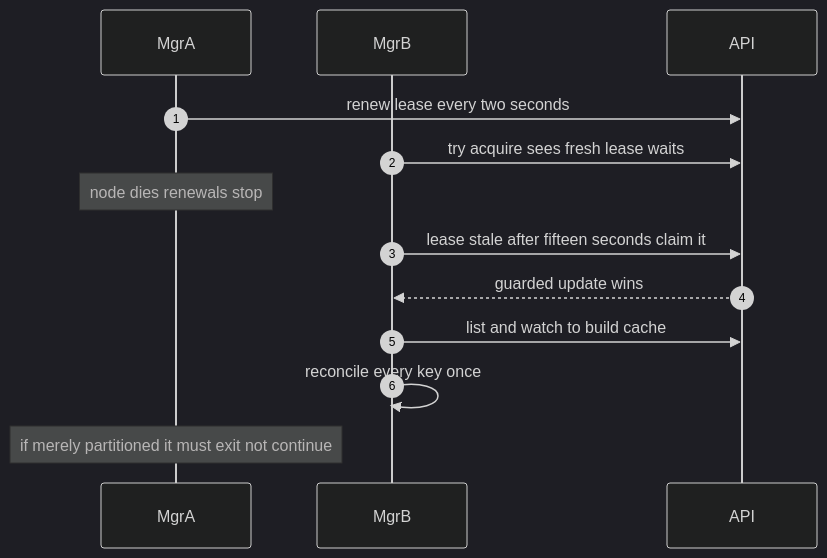
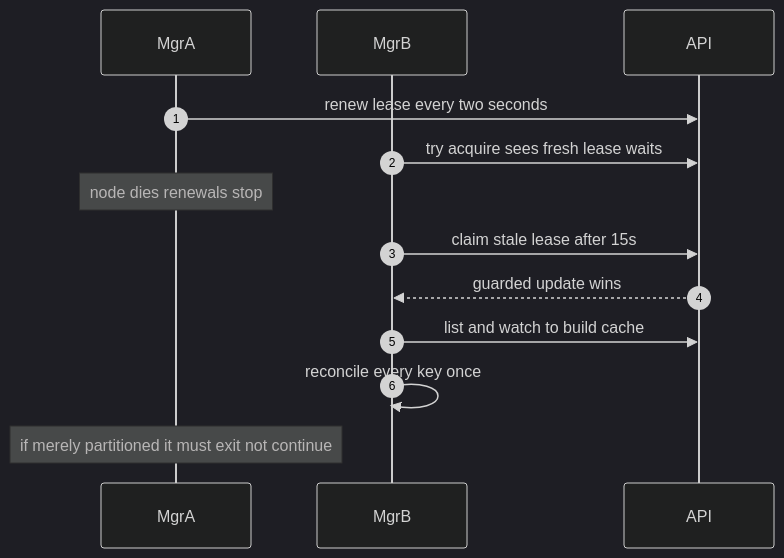
One commit to sanketsudake/k8s-worksheet changed the fifth of 5 diagrams in chapters/ch06.md. Above: the diagram before and after it, drawn with Mermaid (dark theme). The commit also changed other lines of this file and 11 other files, not shown here.

````diff
--- a/chapters/ch06.md
+++ b/chapters/ch06.md
@@ -198,15 +198,15 @@
 ```mermaid
 sequenceDiagram
   autonumber
   participant MgrA
   participant MgrB
   participant API
   MgrA->>API: renew lease every two seconds
   MgrB->>API: try acquire sees fresh lease waits
   Note over MgrA: node dies renewals stop
-  MgrB->>API: lease stale after fifteen seconds claim it
+  MgrB->>API: claim stale lease after 15s
   API-->>MgrB: guarded update wins
   MgrB->>API: list and watch to build cache
   MgrB->>MgrB: reconcile every key once
   Note over MgrA: if merely partitioned it must exit not continue
 ```
````
